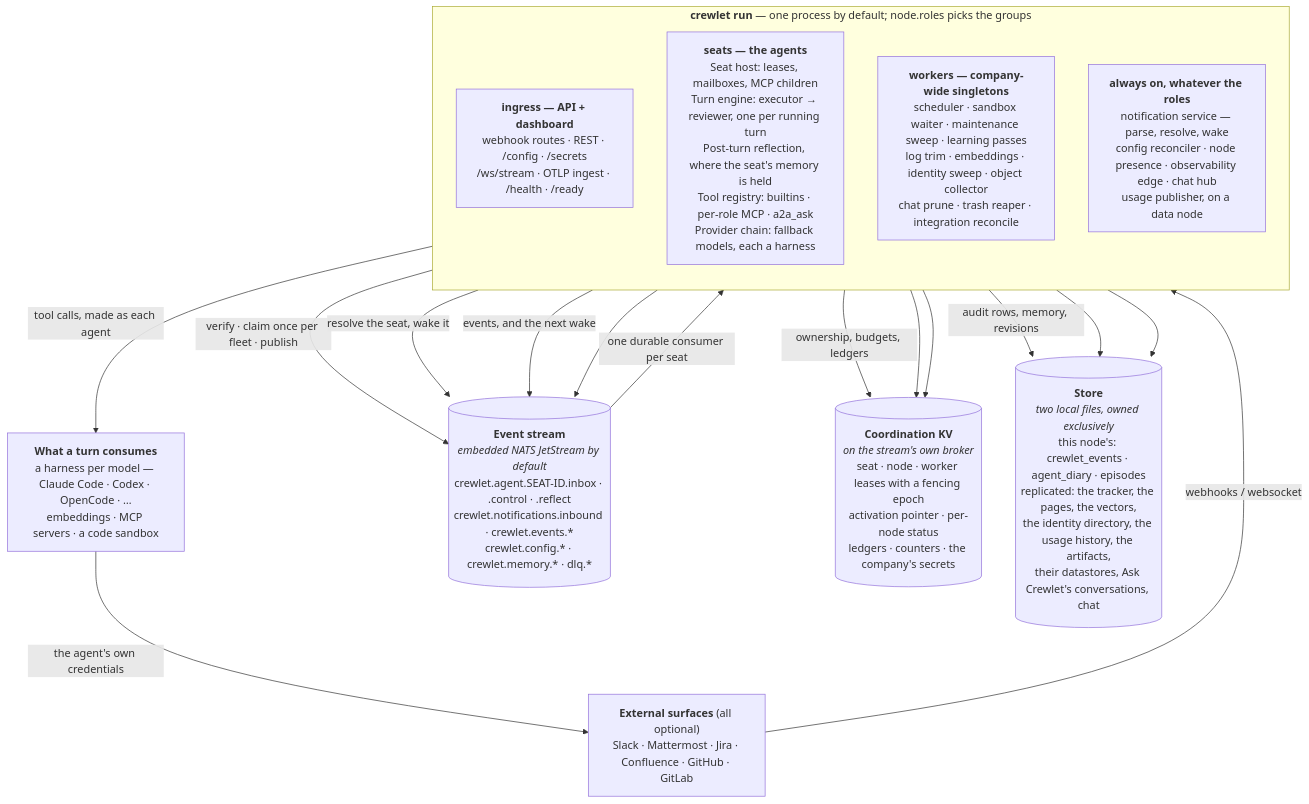
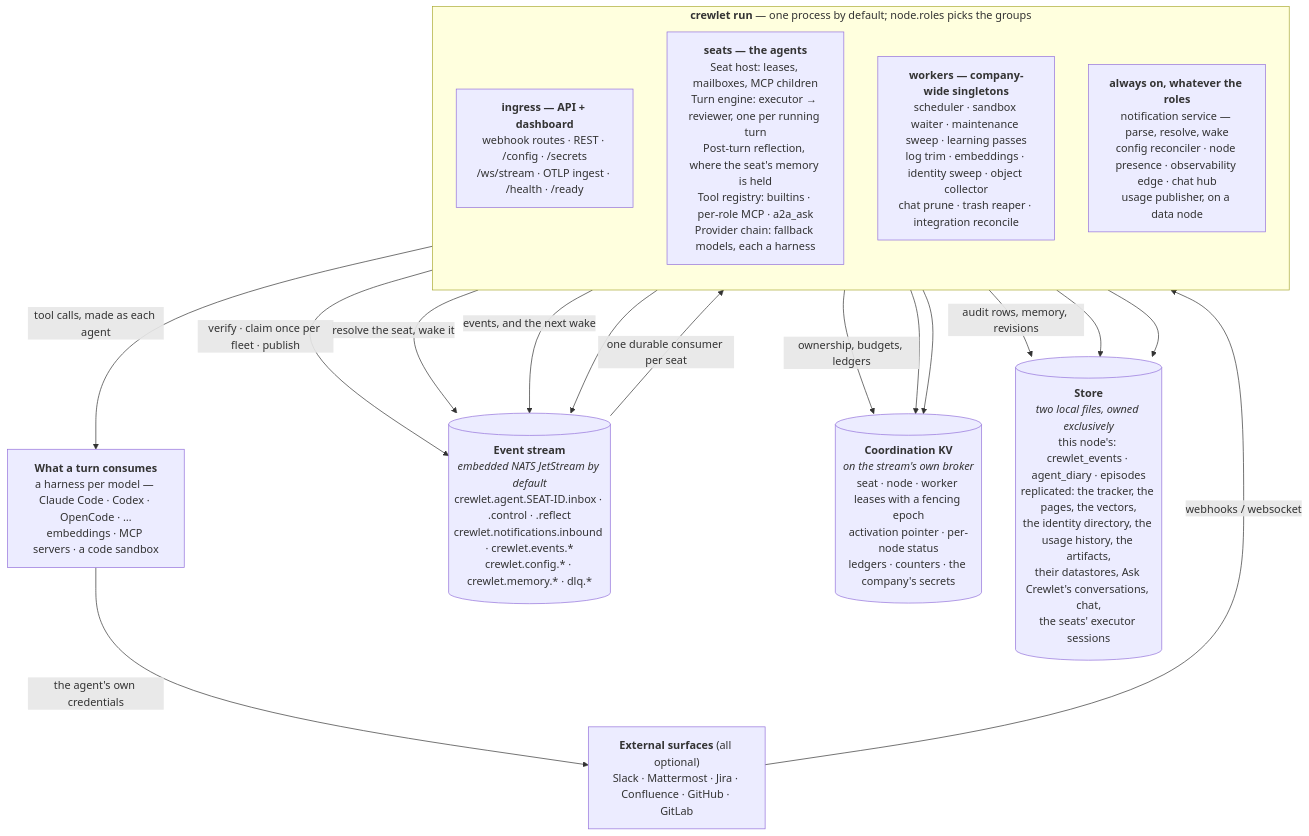
Before and after one commit to crewlet/crewlet: the diagram in docs/concepts/overview.md, drawn with Mermaid. The commit also changed other lines of this file and 112 other files, not shown here.

````diff
--- a/docs/concepts/overview.md
+++ b/docs/concepts/overview.md
@@ -56,32 +56,32 @@
 ```mermaid
 flowchart TB
     EXT["<b>External surfaces</b> (all optional)<br/>Slack · Mattermost · Jira · Confluence · GitHub · GitLab"]
     SUPPLY["<b>What a turn consumes</b><br/>a harness per model — Claude Code · Codex · OpenCode · …<br/>embeddings · MCP servers · a code sandbox"]
 
     subgraph proc["<b>crewlet run</b> — one process by default; node.roles picks the groups"]
         direction TB
         API["<b>ingress — API + dashboard</b><br/>webhook routes · REST · /config · /secrets<br/>/ws/stream · OTLP ingest · /health · /ready"]
         SEAT["<b>seats — the agents</b><br/>Seat host: leases, mailboxes, MCP children<br/>Turn engine: executor → reviewer, one per running turn<br/>Post-turn reflection, where the seat's memory is held<br/>Tool registry: builtins · per-role MCP · a2a_ask<br/>Provider chain: fallback models, each a harness"]
         DUTY["<b>workers — company-wide singletons</b><br/>scheduler · sandbox waiter · maintenance sweep · learning passes<br/>log trim · embeddings · identity sweep · object collector<br/>chat prune · trash reaper · integration reconcile"]
         CORE["<b>always on, whatever the roles</b><br/>notification service — parse, resolve, wake<br/>config reconciler · node presence · observability edge · chat hub<br/>usage publisher, on a data node"]
     end
 
     STREAM[("<b>Event stream</b><br/><i>embedded NATS JetStream by default</i><br/>crewlet.agent.SEAT-ID.inbox · .control · .reflect<br/>crewlet.notifications.inbound · crewlet.events.*<br/>crewlet.config.* · crewlet.memory.* · dlq.*")]
     KV[("<b>Coordination KV</b><br/><i>on the stream's own broker</i><br/>seat · node · worker leases with a fencing epoch<br/>activation pointer · per-node status<br/>ledgers · counters · the company's secrets")]
-    DB[("<b>Store</b><br/><i>two local files, owned exclusively</i><br/>this node's: crewlet_events · agent_diary · episodes<br/>replicated: the tracker, the pages, the vectors,<br/>the identity directory, the usage history, the artifacts,<br/>their datastores, Ask Crewlet's conversations, chat")]
+    DB[("<b>Store</b><br/><i>two local files, owned exclusively</i><br/>this node's: crewlet_events · agent_diary · episodes<br/>replicated: the tracker, the pages, the vectors,<br/>the identity directory, the usage history, the artifacts,<br/>their datastores, Ask Crewlet's conversations, chat,<br/>the seats' executor sessions")]
 
     EXT -->|"webhooks / websocket"| API
     API -->|"verify · claim once per fleet · publish"| STREAM
     CORE -->|"resolve the seat, wake it"| STREAM
     STREAM -->|"one durable consumer per seat"| SEAT
     SEAT -->|"tool calls, made as each agent"| SUPPLY
     SUPPLY -->|"the agent's own credentials"| EXT
     SEAT -->|"events, and the next wake"| STREAM
     DUTY --> STREAM
     SEAT -->|"ownership, budgets, ledgers"| KV
     CORE --> KV
     DUTY --> KV
     SEAT -->|"audit rows, memory, revisions"| DB
     CORE --> DB
     API --> DB
 ```
````
